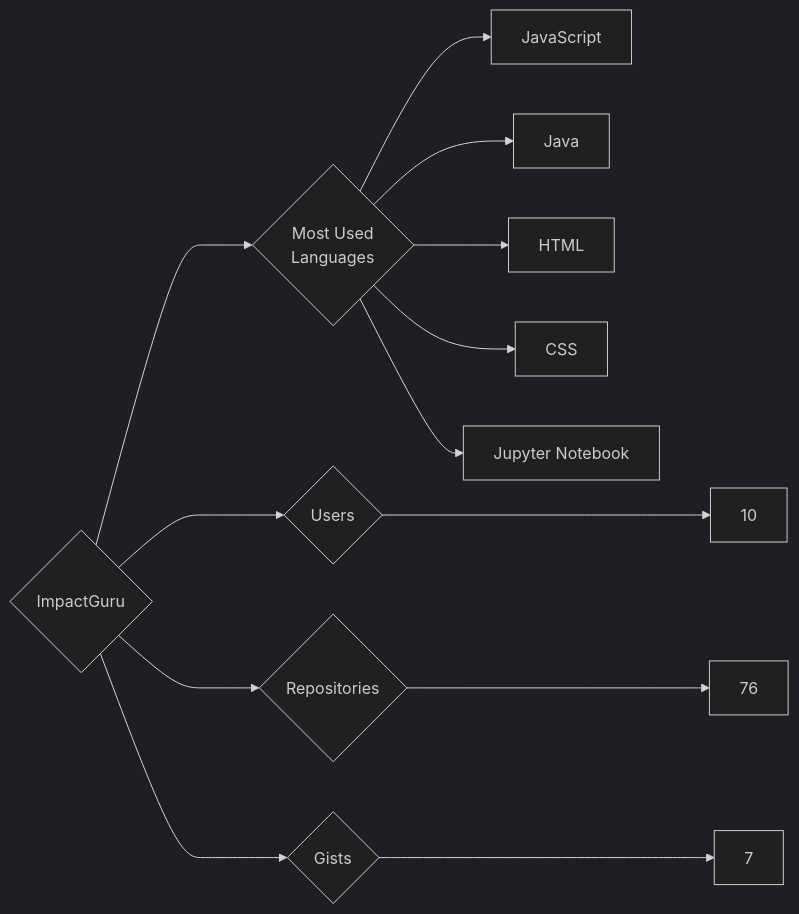
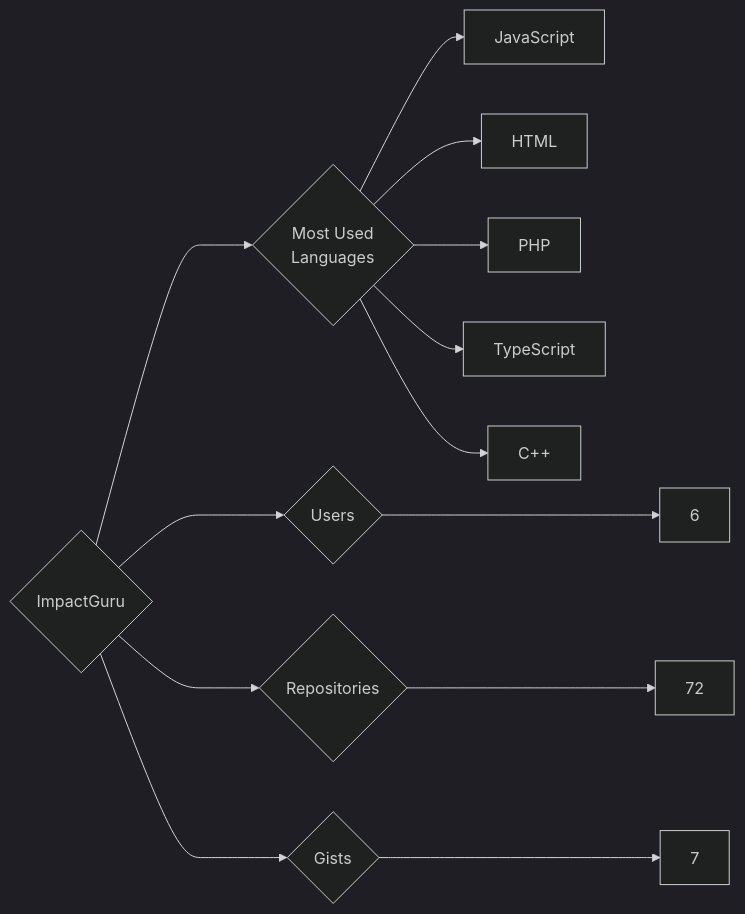
The diagram in targets/ImpactGuru/README.md (trickest/insiders), drawn with Mermaid (dark theme) before and after one commit. The commit also changed 1092 other files, not shown here.

````diff
--- a/targets/ImpactGuru/README.md
+++ b/targets/ImpactGuru/README.md
@@ -3,13 +3,13 @@
 ```mermaid
 graph LR
 COMPANY_NAME{ImpactGuru}
-COMPANY_NAME ---> U{Users} ---> UN[10]
-COMPANY_NAME ---> R{Repositories} ---> RN[76]
+COMPANY_NAME ---> U{Users} ---> UN[6]
+COMPANY_NAME ---> R{Repositories} ---> RN[72]
 COMPANY_NAME ---> G{Gists} ---> GN[7]
 COMPANY_NAME ---> ML{Most Used<br>Languages}
 ML --> JavaScript[JavaScript]
-ML --> Java[Java]
 ML --> HTML[HTML]
-ML --> CSS[CSS]
-ML --> Jupyter_Notebook[Jupyter Notebook]
+ML --> PHP[PHP]
+ML --> TypeScript[TypeScript]
+ML --> C++[C++]
 ```
````
